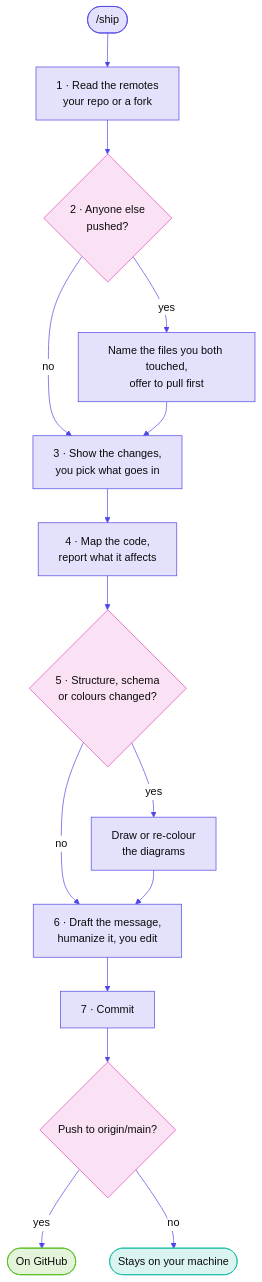
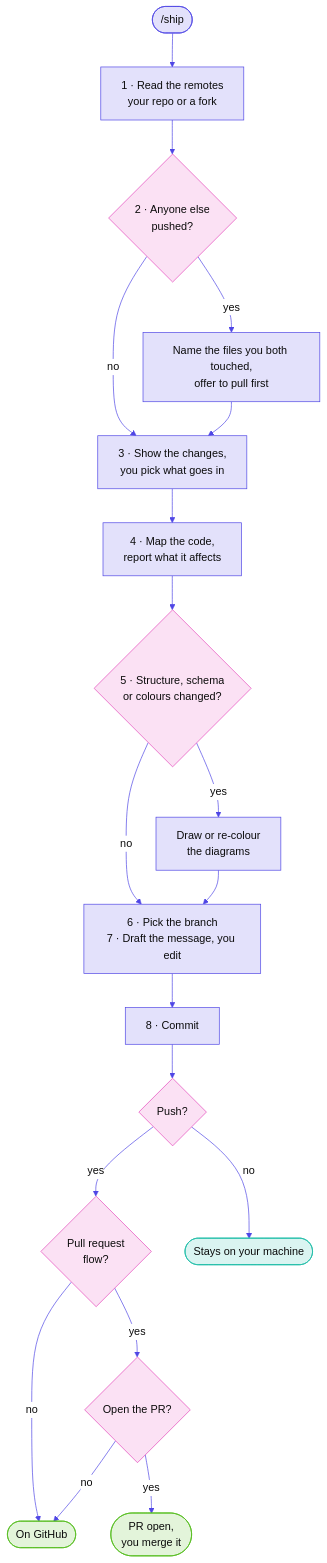
The diagram in README.md (divyanshjoshii/ship), drawn with Mermaid before and after one commit. The commit also changed other lines of this file and 6 other files, not shown here.

First line of the commit message:
add /ship inbox, a pull request flow and safe rebases

````diff
--- a/README.md
+++ b/README.md
@@ -38,28 +40,32 @@
 ```mermaid
 %%{init: {"theme":"base","themeVariables":{"background":"#FFFFFF","primaryColor":"#FFFFFF","primaryTextColor":"#0B0B0B","primaryBorderColor":"#4F46E5","lineColor":"#4F46E5","secondaryColor":"#EAE9FC","tertiaryColor":"#FFFFFF","textColor":"#0B0B0B","edgeLabelBackground":"#FFFFFF","clusterBkg":"#FFFFFF","clusterBorder":"#CECECE","titleColor":"#0B0B0B","rowOdd":"#FFFFFF","rowEven":"#F0F0F0","attributeBackgroundColorOdd":"#FFFFFF","attributeBackgroundColorEven":"#F0F0F0","actorBkg":"#FFFFFF","actorBorder":"#4F46E5","actorTextColor":"#0B0B0B","actorLineColor":"#919191","signalColor":"#4F46E5","signalTextColor":"#0B0B0B","labelBoxBkgColor":"#FFFFFF","labelBoxBorderColor":"#4F46E5","labelTextColor":"#0B0B0B","loopTextColor":"#0B0B0B","noteBkgColor":"#E5E3FB","noteTextColor":"#0B0B0B","noteBorderColor":"#4F46E5","activationBkgColor":"#4F46E5","activationBorderColor":"#4F46E5"}}}%%
 %% palette 97d170e1
 flowchart TD
     A(["/ship"]) --> B["1 · Read the remotes<br/>your repo or a fork"]
     B --> C{"2 · Anyone else<br/>pushed?"}
     C -->|yes| C2["Name the files you both touched,<br/>offer to pull first"]
     C -->|no| D
     C2 --> D["3 · Show the changes,<br/>you pick what goes in"]
     D --> E["4 · Map the code,<br/>report what it affects"]
     E --> F{"5 · Structure, schema<br/>or colours changed?"}
     F -->|yes| G["Draw or re-colour<br/>the diagrams"]
     F -->|no| H
-    G --> H["6 · Draft the message,<br/>humanize it, you edit"]
-    H --> I["7 · Commit"]
-    I --> J{"Push to origin/main?"}
-    J -->|yes| K(["On GitHub"])
+    G --> H["6 · Pick the branch<br/>7 · Draft the message, you edit"]
+    H --> I["8 · Commit"]
+    I --> J{"Push?"}
+    J -->|yes| P{"Pull request<br/>flow?"}
     J -->|no| L(["Stays on your machine"])
+    P -->|no| K(["On GitHub"])
+    P -->|yes| Q{"Open the PR?"}
+    Q -->|yes| R(["PR open,<br/>you merge it"])
+    Q -->|no| K
 
     classDef role1 fill:#E3E1FB,stroke:#4F46E5,color:#0B0B0B
     classDef role2 fill:#FBE1F4,stroke:#E546BC,color:#0B0B0B
     classDef role4 fill:#E3F4DA,stroke:#52BC1A,color:#0B0B0B
     classDef role5 fill:#DAF4F1,stroke:#1ABCA5,color:#0B0B0B
     class A,B,C2,D,E,G,H,I role1
-    class C,F,J role2
-    class K role4
+    class C,F,J,P,Q role2
+    class K,R role4
     class L role5
 ```
````
